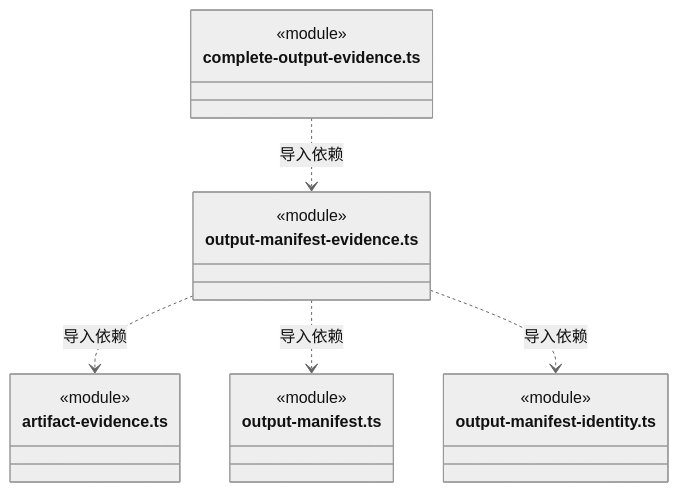
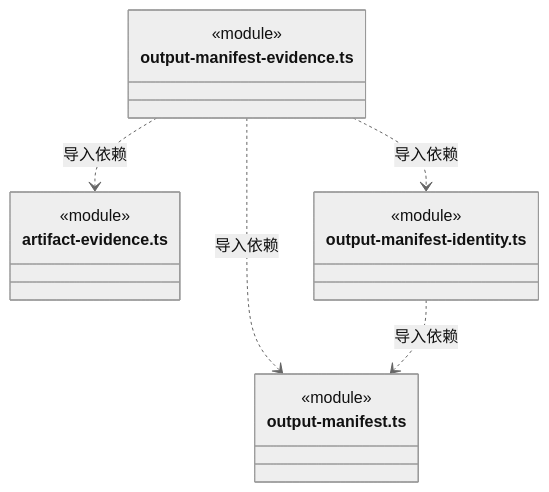
Before and after one commit to nan023062/cbim: diagram 36 of 46 in src/backend/core/evidence/ARCHITECTURE.md, drawn with Mermaid (neutral theme). The commit also changed other lines of this file and 130 other files, not shown here.

````diff
--- a/src/backend/core/evidence/ARCHITECTURE.md
+++ b/src/backend/core/evidence/ARCHITECTURE.md
@@ -656,22 +764,19 @@
 ```mermaid
 classDiagram
-class N_src_backend_core_evidence_complete_output_evidence_ts["complete-output-evidence.ts"] {
-  <<module>>
-}
 class N_src_backend_core_evidence_output_manifest_evidence_ts["output-manifest-evidence.ts"] {
   <<module>>
 }
 class N_src_backend_core_evidence_artifact_evidence_ts["artifact-evidence.ts"] {
   <<module>>
 }
 class N_src_backend_core_evidence_output_manifest_ts["output-manifest.ts"] {
   <<module>>
 }
 class N_src_backend_core_evidence_output_manifest_identity_ts["output-manifest-identity.ts"] {
   <<module>>
 }
-N_src_backend_core_evidence_complete_output_evidence_ts ..> N_src_backend_core_evidence_output_manifest_evidence_ts : 导入依赖
 N_src_backend_core_evidence_output_manifest_evidence_ts ..> N_src_backend_core_evidence_artifact_evidence_ts : 导入依赖
 N_src_backend_core_evidence_output_manifest_evidence_ts ..> N_src_backend_core_evidence_output_manifest_ts : 导入依赖
 N_src_backend_core_evidence_output_manifest_evidence_ts ..> N_src_backend_core_evidence_output_manifest_identity_ts : 导入依赖
+N_src_backend_core_evidence_output_manifest_identity_ts ..> N_src_backend_core_evidence_output_manifest_ts : 导入依赖
 ```
````
